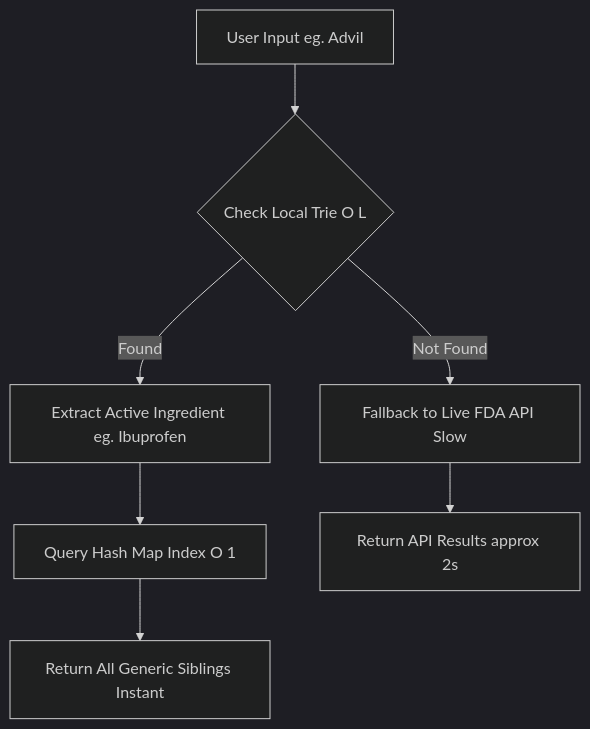
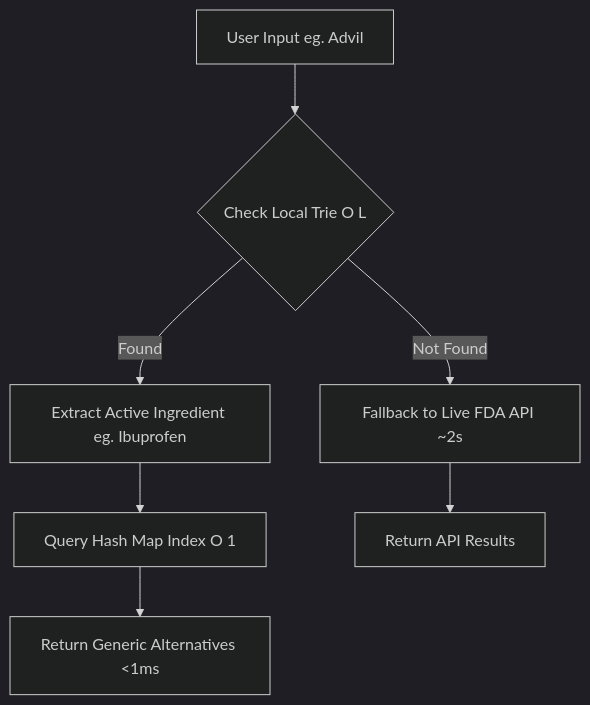
Before and after one commit to ayushk-codes/Generic-Medicine-Recommendation: the second of 2 diagrams in README.md, drawn with Mermaid (dark theme). The commit also changed other lines of this file, not shown here.

Commit message:
docs: Update README with professional ETL and System Architecture details

````diff
--- a/README.md
+++ b/README.md
@@ -23,9 +43,9 @@
 ```mermaid
 graph TD
     A[User Input eg. Advil] --> B{Check Local Trie O L};
     B -- Found --> C[Extract Active Ingredient eg. Ibuprofen];
     C --> D[Query Hash Map Index O 1];
-    D --> E[Return All Generic Siblings Instant];
-    B -- Not Found --> F[Fallback to Live FDA API Slow];
-    F --> G[Return API Results approx 2s];
+    D --> E[Return Generic Alternatives <1ms];
+    B -- Not Found --> F[Fallback to Live FDA API ~2s];
+    F --> G[Return API Results];
 ```
````
